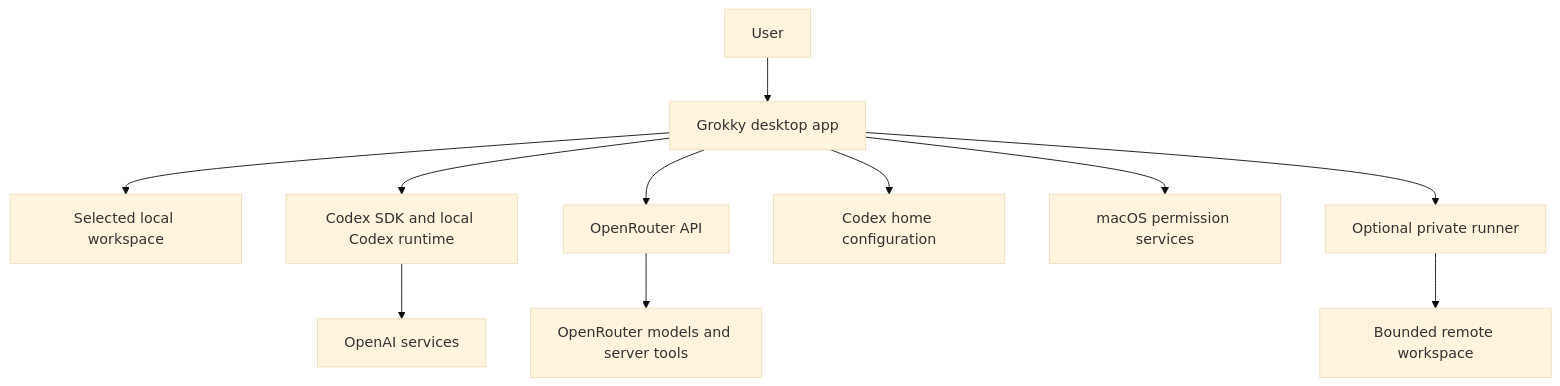
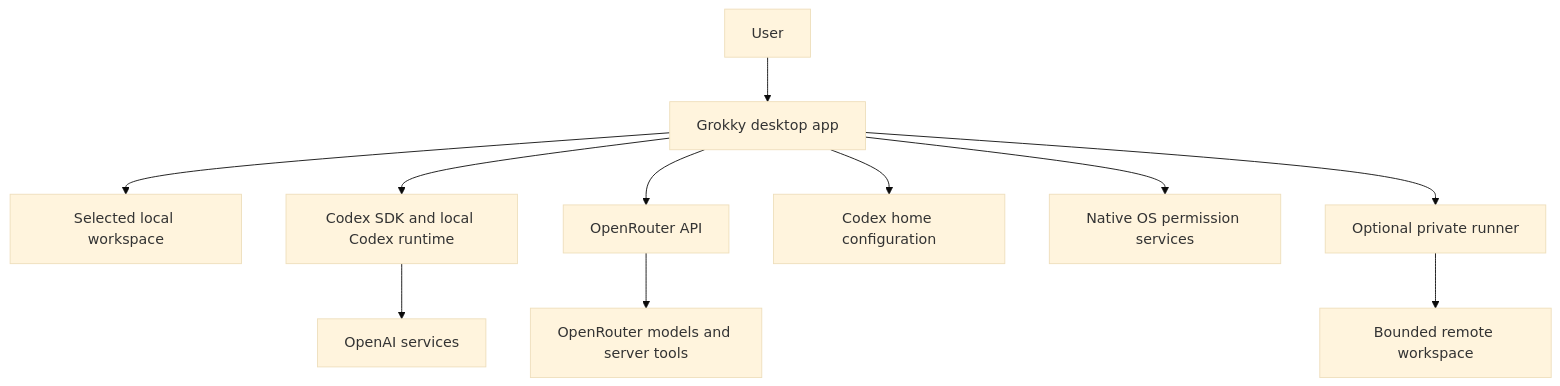
Before and after one commit to ferreiratechnology2025-max/grokky-clean: the first of 11 diagrams in docs/ARCHITECTURE.md, drawn with Mermaid (base theme). The commit also changed other lines of this file and 17 other files, not shown here.

Commit message:
Ship native macOS and Windows packages

````diff
--- a/docs/ARCHITECTURE.md
+++ b/docs/ARCHITECTURE.md
@@ -7,14 +7,14 @@
 ```mermaid
 flowchart TB
   USER[User] --> APP[Grokky desktop app]
   APP --> WORKSPACE[Selected local workspace]
   APP --> CODEX[Codex SDK and local Codex runtime]
   APP --> OPENROUTER[OpenRouter API]
   APP --> CODEXHOME[Codex home configuration]
-  APP --> OS[macOS permission services]
+  APP --> OS[Native OS permission services]
   APP --> RUNNER[Optional private runner]
 
   CODEX --> OPENAI[OpenAI services]
   OPENROUTER --> MODELS[OpenRouter models and server tools]
   RUNNER --> REMOTEWORKSPACE[Bounded remote workspace]
 ```
````
